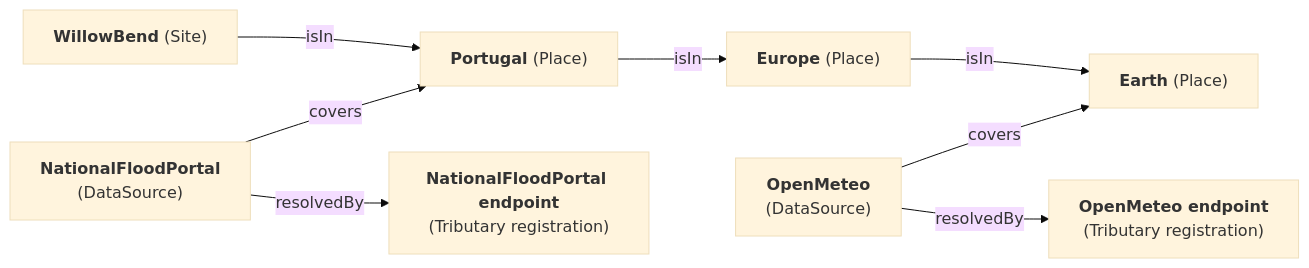
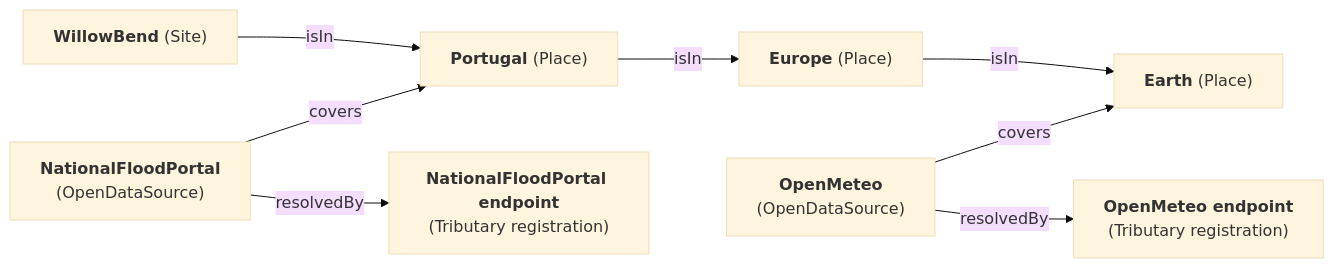
Before and after one commit to ReGen-Villages/VillageOS-API: the diagram in docs/FORAGE.md, drawn with Mermaid (base theme). The commit also changed other lines of this file and 9 other files, not shown here.

````diff
--- a/docs/FORAGE.md
+++ b/docs/FORAGE.md
@@ -20,17 +20,17 @@
 ```mermaid
 flowchart LR
   Site["<b>WillowBend</b> (Site)"]
   PT["<b>Portugal</b> (Place)"]
   EU["<b>Europe</b> (Place)"]
   Earth["<b>Earth</b> (Place)"]
-  Flood["<b>NationalFloodPortal</b><br/>(DataSource)"]
-  Meteo["<b>OpenMeteo</b><br/>(DataSource)"]
+  Flood["<b>NationalFloodPortal</b><br/>(OpenDataSource)"]
+  Meteo["<b>OpenMeteo</b><br/>(OpenDataSource)"]
   FloodEp["<b>NationalFloodPortal endpoint</b><br/>(Tributary registration)"]
   MeteoEp["<b>OpenMeteo endpoint</b><br/>(Tributary registration)"]
 
   Site -->|isIn| PT -->|isIn| EU -->|isIn| Earth
   Flood -->|covers| PT
   Meteo -->|covers| Earth
   Flood -->|resolvedBy| FloodEp
   Meteo -->|resolvedBy| MeteoEp
 ```
````
